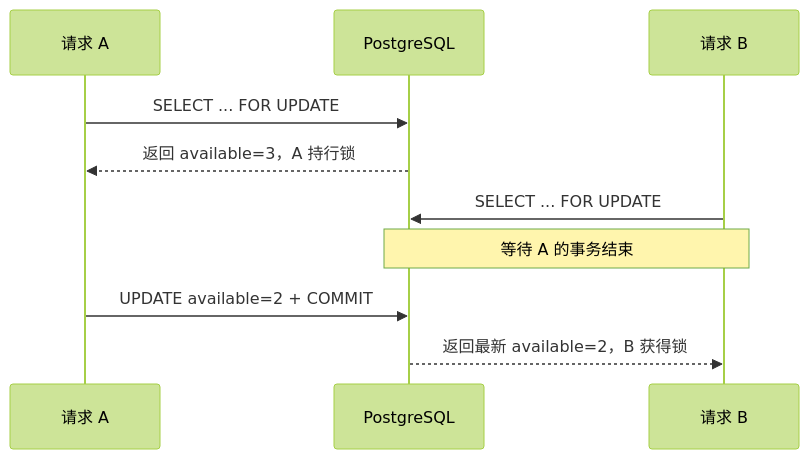
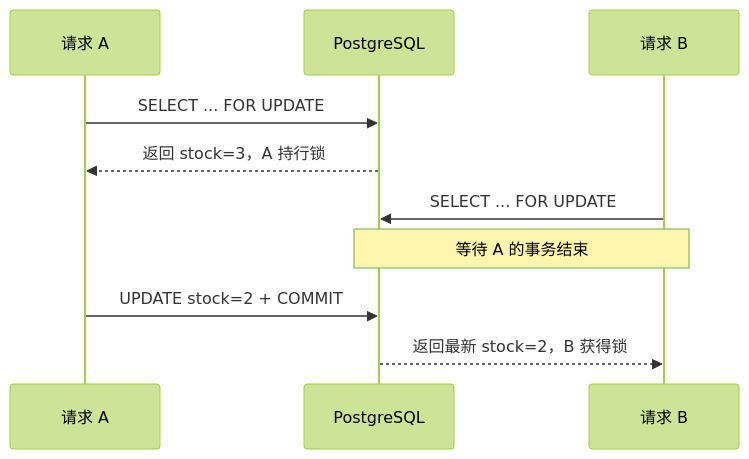
Before and after one commit to tianshiyang/ai-lab: the diagram in 锁教程/02-悲观锁/讲义.md, drawn with Mermaid (forest theme). The commit also changed other lines of this file and 10 other files, not shown here.

````diff
--- a/锁教程/02-悲观锁/讲义.md
+++ b/锁教程/02-悲观锁/讲义.md
@@ -58,13 +61,13 @@
 ```mermaid
 sequenceDiagram
     participant A as 请求 A
     participant DB as PostgreSQL
     participant B as 请求 B
 
     A->>DB: SELECT ... FOR UPDATE
-    DB-->>A: 返回 available=3，A 持行锁
+    DB-->>A: 返回 stock=3，A 持行锁
     B->>DB: SELECT ... FOR UPDATE
     Note over B,DB: 等待 A 的事务结束
-    A->>DB: UPDATE available=2 + COMMIT
-    DB-->>B: 返回最新 available=2，B 获得锁
+    A->>DB: UPDATE stock=2 + COMMIT
+    DB-->>B: 返回最新 stock=2，B 获得锁
 ```
````
